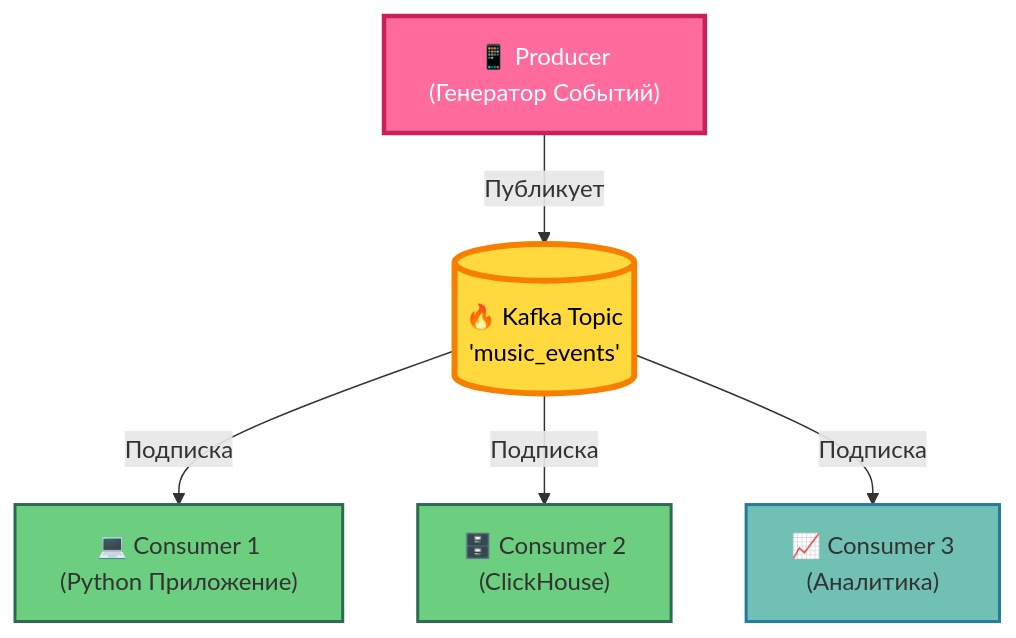
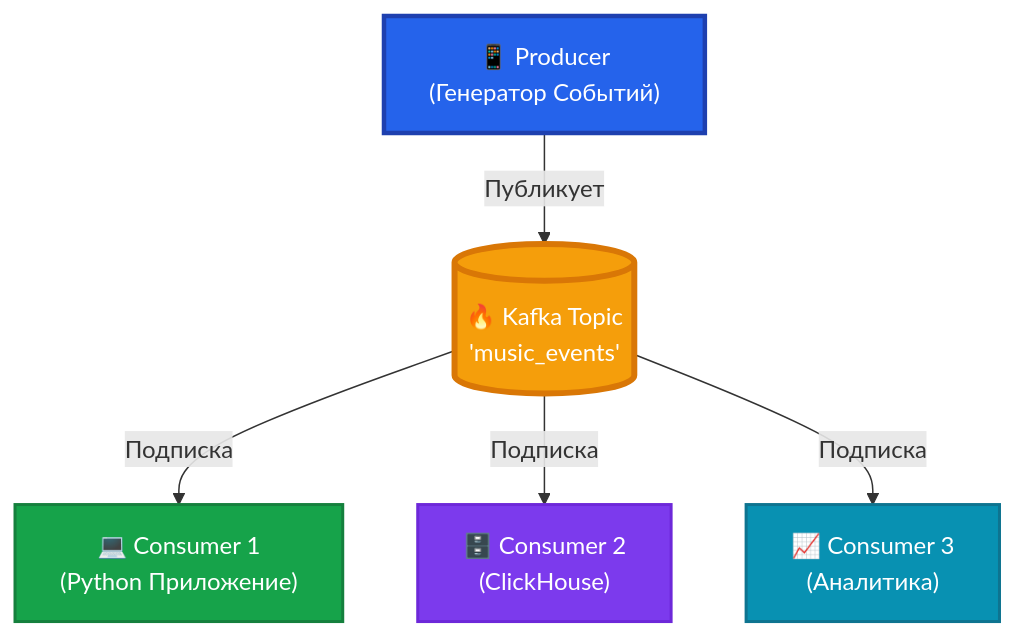
One commit to Almas1989/kafka_de_project changed the second of 4 diagrams in README.md. Above: the diagram before and after it, drawn with Mermaid. The commit also changed other lines of this file, not shown here.

````diff
--- a/README.md
+++ b/README.md
@@ -84,13 +84,13 @@
 ```mermaid
 flowchart TB
     A["📱 Producer<br/>(Генератор Событий)"] -- Публикует --> B[("🔥 Kafka Topic<br/>'music_events'")]
     B -- Подписка --> C["💻 Consumer 1<br/>(Python Приложение)"]
     B -- Подписка --> D["🗄️ Consumer 2<br/>(ClickHouse)"]
     B -- Подписка --> E["📈 Consumer 3<br/>(Аналитика)"]
 
-    style A fill:#FF6B9D,stroke:#C91F5B,stroke-width:3px,color:#fff
-    style B fill:#FFD93D,stroke:#F77F00,stroke-width:4px,color:#000
-    style C fill:#6BCF7F,stroke:#2D6A4F,stroke-width:2px
-    style D fill:#6BCF7F,stroke:#2D6A4F,stroke-width:2px
-    style E fill:#70C1B3,stroke:#247BA0,stroke-width:2px
+    style A fill:#2563eb,stroke:#1e40af,stroke-width:3px,color:#fff
+    style B fill:#f59e0b,stroke:#d97706,stroke-width:4px,color:#fff
+    style C fill:#16a34a,stroke:#15803d,stroke-width:2px,color:#fff
+    style D fill:#7c3aed,stroke:#6d28d9,stroke-width:2px,color:#fff
+    style E fill:#0891b2,stroke:#0e7490,stroke-width:2px,color:#fff
 ```
````
